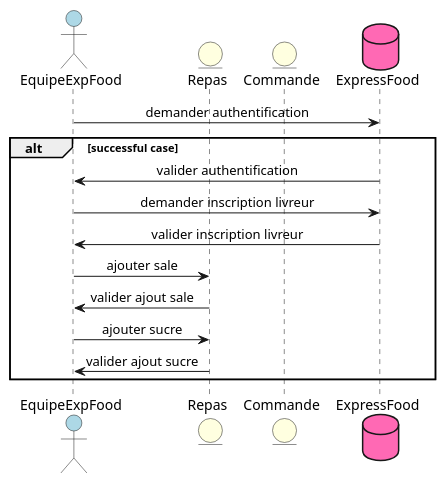
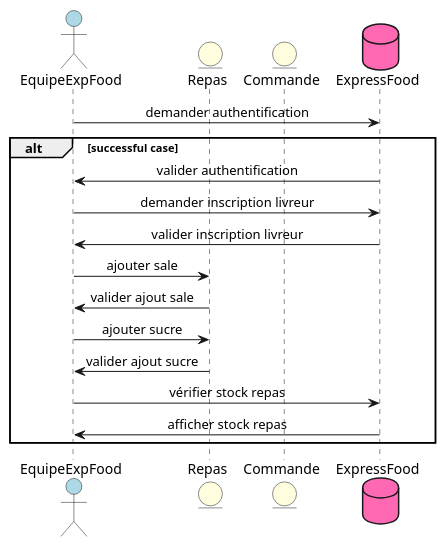
One commit to laurasullyalexandrine/expressfood changed the diagram in Sequence/EquipeExpFoodSequence.puml. Above: the diagram before and after it, drawn with PlantUML. The commit also changed 2 other files, not shown here.

Commit message:
change termes to all Sequences

```diff
--- a/Sequence/EquipeExpFoodSequence.puml
+++ b/Sequence/EquipeExpFoodSequence.puml
@@ -1,29 +1,30 @@
 @startuml EquipeExpFood
 
 skinparam responseMessageBelowArrow true
 skinparam SequenceMessageAlignment center
 
 actor EquipeExpFood as EquipeExpFood #LightBlue
 
 entity Repas as Repas #LightYellow
 entity Commande as Commande #LightYellow
 
 database ExpressFood as ExpressFood #HotPink
 
 EquipeExpFood -> ExpressFood: demander authentification
 alt successful case
 ExpressFood -> EquipeExpFood: valider authentification 
 
 EquipeExpFood -> ExpressFood: demander inscription livreur
 ExpressFood -> EquipeExpFood: valider inscription livreur
 
 EquipeExpFood -> Repas: ajouter sale
 Repas -> EquipeExpFood : valider ajout sale
 
 EquipeExpFood -> Repas: ajouter sucre
 Repas -> EquipeExpFood : valider ajout sucre
 
-
+EquipeExpFood -> ExpressFood: vérifier stock repas
+ExpressFood -> EquipeExpFood : afficher stock repas
 
 end
 @enduml
```
